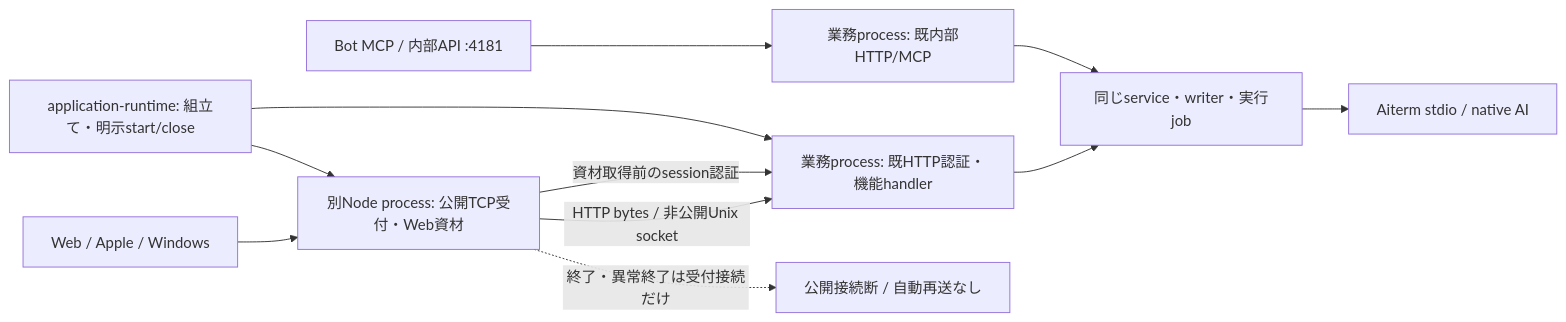
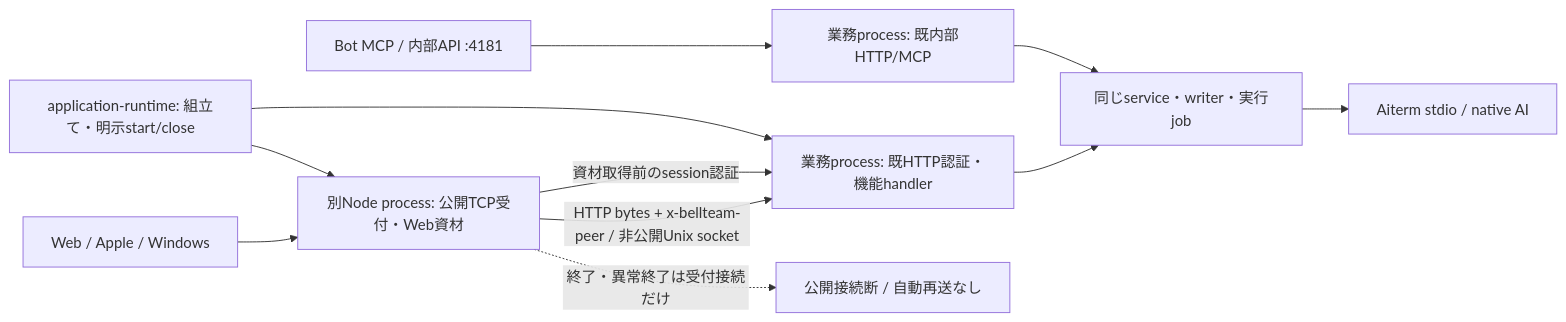
Diagram 12 of 44 in docs/architecture/modules/integration/README.md (kitepon/BellTeam), drawn with Mermaid before and after one commit. The commit also changed other lines of this file and 6 other files, not shown here.

````diff
--- a/docs/architecture/modules/integration/README.md
+++ b/docs/architecture/modules/integration/README.md
@@ -282,13 +282,13 @@
 ```mermaid
 flowchart LR
   Browser[Web / Apple / Windows] --> Gateway[別Node process: 公開TCP受付・Web資材]
-  Gateway -->|HTTP bytes / 非公開Unix socket| HTTP[業務process: 既HTTP認証・機能handler]
+  Gateway -->|HTTP bytes + x-bellteam-peer / 非公開Unix socket| HTTP[業務process: 既HTTP認証・機能handler]
   Gateway -->|資材取得前のsession認証| HTTP
   Seat[Bot MCP / 内部API :4181] --> Internal[業務process: 既内部HTTP/MCP]
   HTTP --> Services[同じservice・writer・実行job]
   Internal --> Services
   Services --> Native[Aiterm stdio / native AI]
   Assembly[application-runtime: 組立て・明示start/close] --> Gateway
   Assembly --> HTTP
   Gateway -. 終了・異常終了は受付接続だけ .-> Disconnected[公開接続断 / 自動再送なし]
 ```
````
